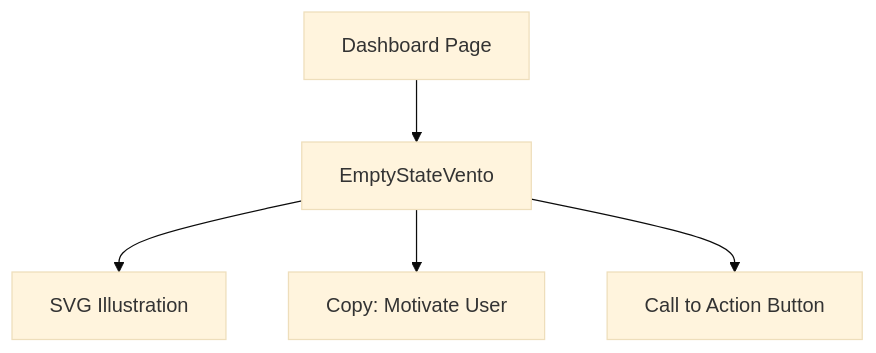
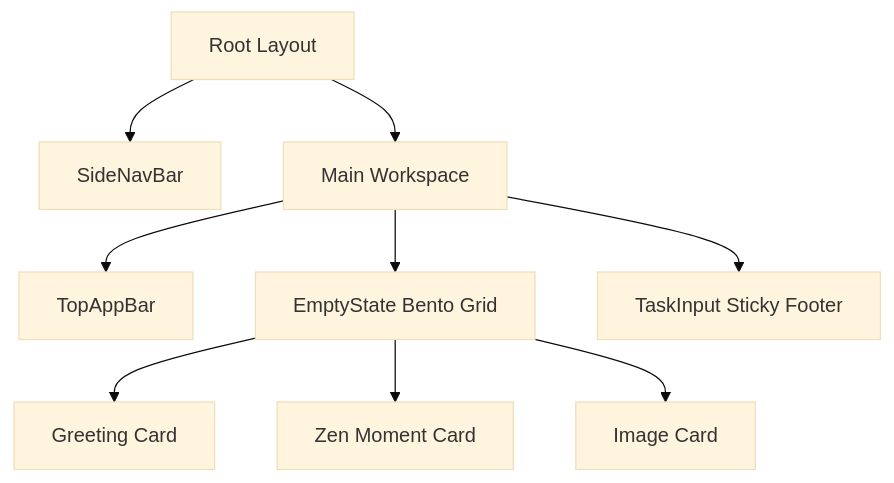
The diagram in 4.UI-Vento/Actividad 2 Vistas Core (Mi Día)/Hito 2 Componente EmptyState/design.md (monokai97/task-sphere), drawn with Mermaid (base theme) before and after one commit. The commit also changed other lines of this file and 256 other files, not shown here.

````diff
--- a/4.UI-Vento/Actividad 2 Vistas Core (Mi Día)/Hito 2 Componente EmptyState/design.md
+++ b/4.UI-Vento/Actividad 2 Vistas Core (Mi Día)/Hito 2 Componente EmptyState/design.md
@@ -9,7 +11,11 @@
 ```mermaid
 graph TD
-    Parent[Dashboard Page] --> ES[EmptyStateVento]
-    ES --> Illustration[SVG Illustration]
-    ES --> Message[Copy: Motivate User]
-    ES --> Action[Call to Action Button]
+    A[Root Layout] --> B[SideNavBar]
+    A --> C[Main Workspace]
+    C --> D[TopAppBar]
+    C --> E[EmptyState Bento Grid]
+    E --> F[Greeting Card]
+    E --> G[Zen Moment Card]
+    E --> H[Image Card]
+    C --> I[TaskInput Sticky Footer]
 ```
````
